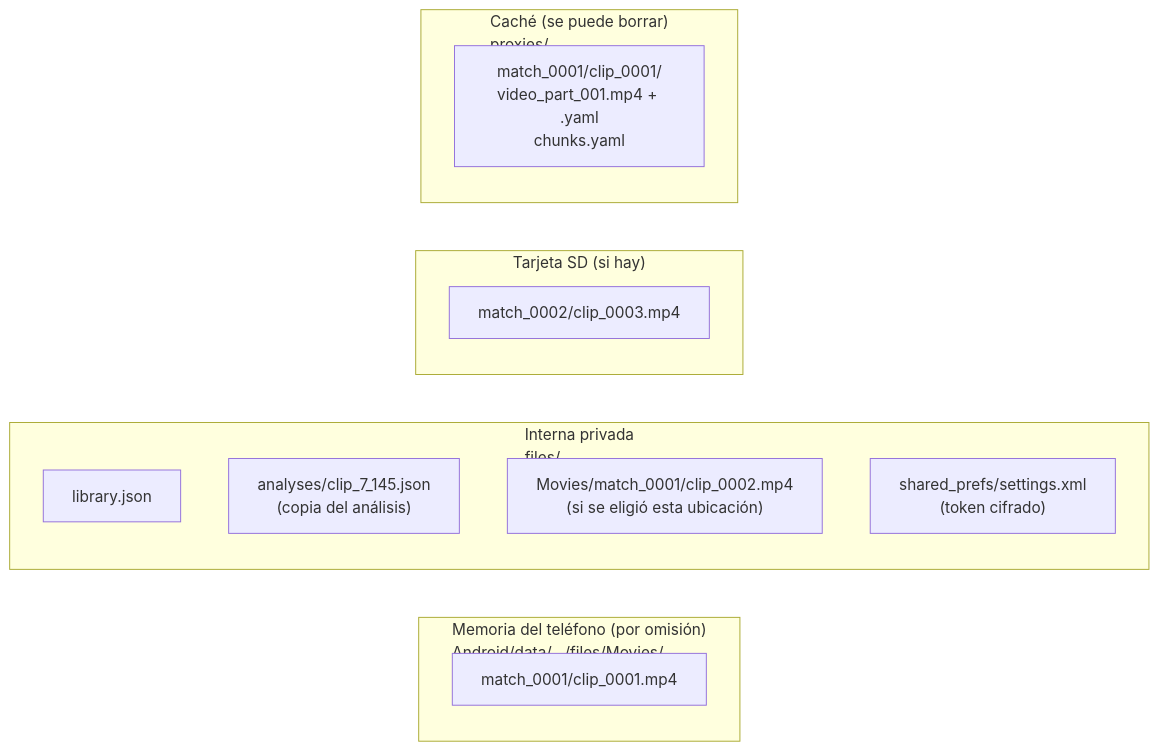
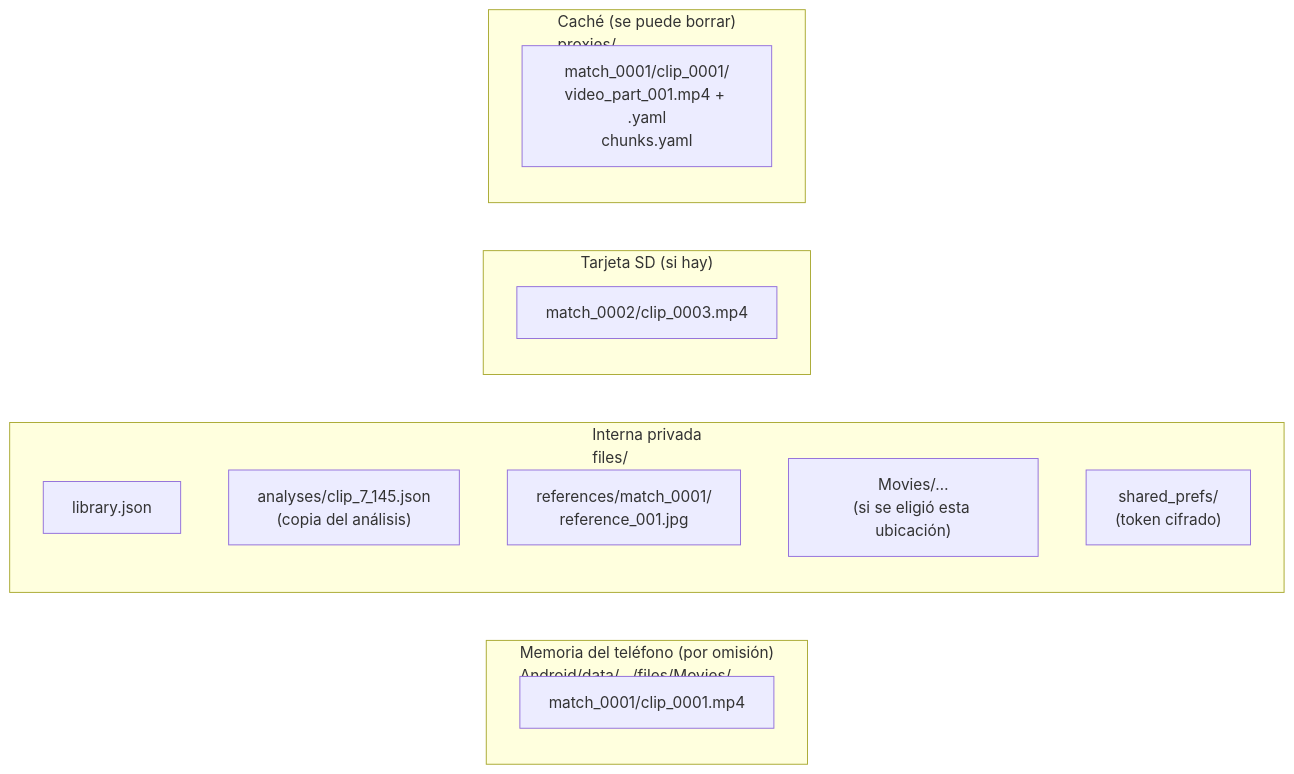
Before and after one commit to pepemxl/meta-ai-hackathon-2026: the third of 5 diagrams in docs/arquitectura/02-app-android.md, drawn with Mermaid. The commit also changed other lines of this file and 16 other files, not shown here.

````diff
--- a/docs/arquitectura/02-app-android.md
+++ b/docs/arquitectura/02-app-android.md
@@ -86,18 +87,19 @@
 ```mermaid
 flowchart LR
     subgraph ext["Memoria del teléfono (por omisión)<br/>Android/data/…/files/Movies/"]
         v1["match_0001/clip_0001.mp4"]
     end
     subgraph int["Interna privada<br/>files/"]
         lib["library.json"]
         an["analyses/clip_7_145.json<br/>(copia del análisis)"]
-        v2["Movies/match_0001/clip_0002.mp4<br/>(si se eligió esta ubicación)"]
-        prefs["shared_prefs/settings.xml<br/>(token cifrado)"]
+        refs["references/match_0001/<br/>reference_001.jpg"]
+        v2["Movies/…<br/>(si se eligió esta ubicación)"]
+        prefs["shared_prefs/<br/>(token cifrado)"]
     end
     subgraph sd["Tarjeta SD (si hay)"]
         v3["match_0002/clip_0003.mp4"]
     end
     subgraph cache["Caché (se puede borrar)<br/>proxies/"]
         px["match_0001/clip_0001/<br/>video_part_001.mp4 + .yaml<br/>chunks.yaml"]
     end
 ```
````
